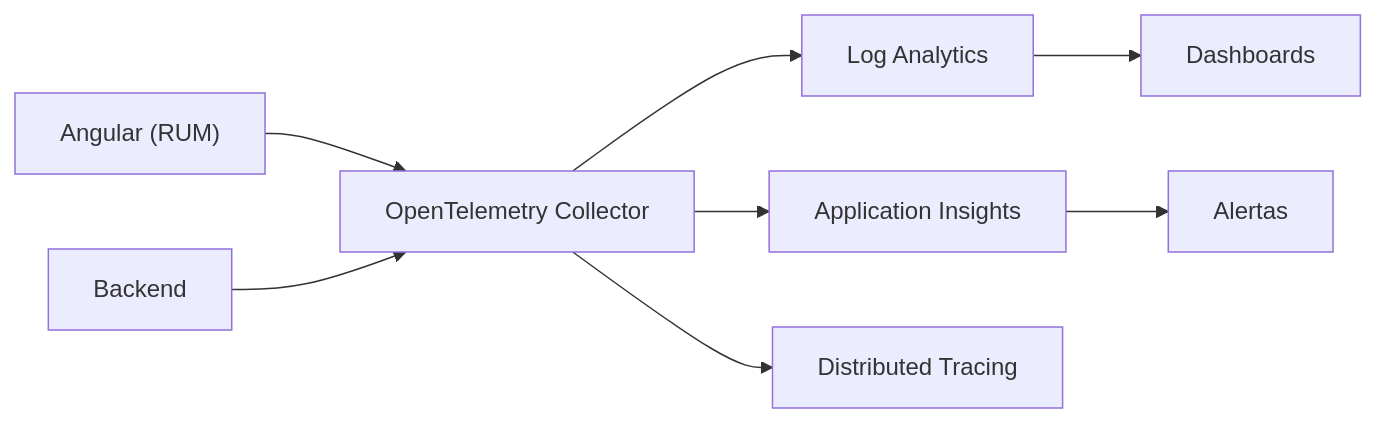
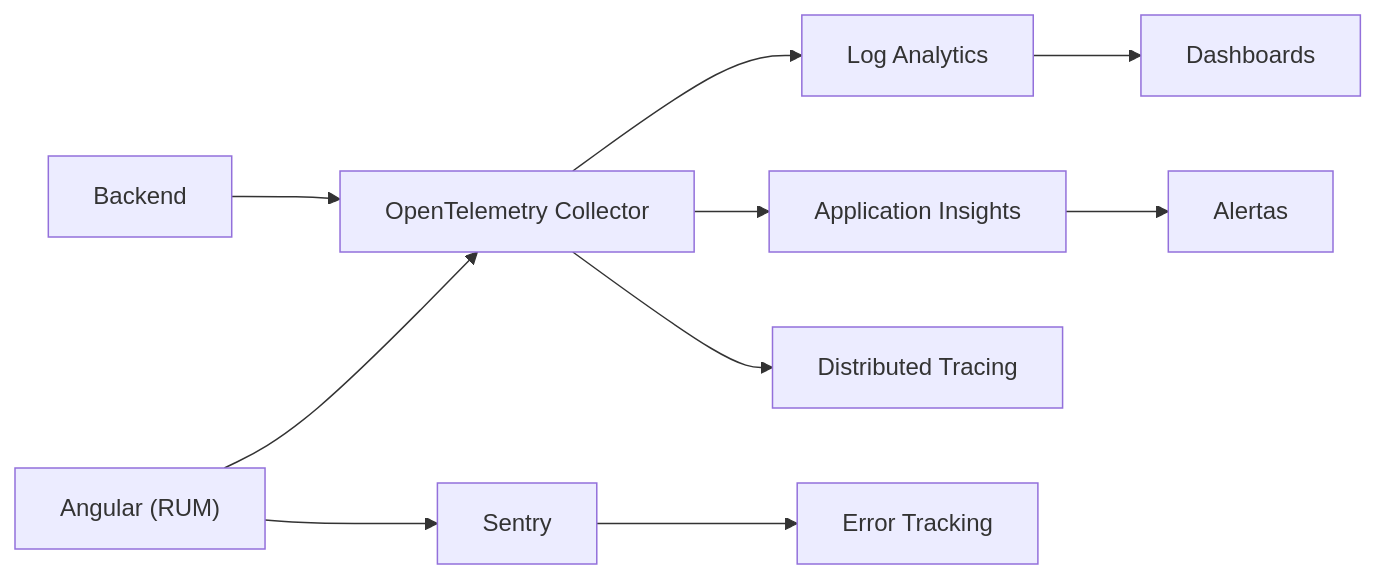
Before and after one commit to edgardo001/angular-mastery-roadmap: the diagram in 41-observability/README.md, drawn with Mermaid. The commit also changed other lines of this file and 6 other files, not shown here.

````diff
--- a/41-observability/README.md
+++ b/41-observability/README.md
@@ -14,10 +14,12 @@
 ```mermaid
 flowchart LR
     ANG["Angular (RUM)"] --> OTLP["OpenTelemetry Collector"]
+    ANG --> SENTRY["Sentry"]
     API["Backend"] --> OTLP
     OTLP --> LOGS["Log Analytics"]
     OTLP --> METRICS["Application Insights"]
     OTLP --> TRACES["Distributed Tracing"]
     LOGS --> DASH["Dashboards"]
     METRICS --> ALERT["Alertas"]
+    SENTRY --> ERRORS["Error Tracking"]
 ```
````
